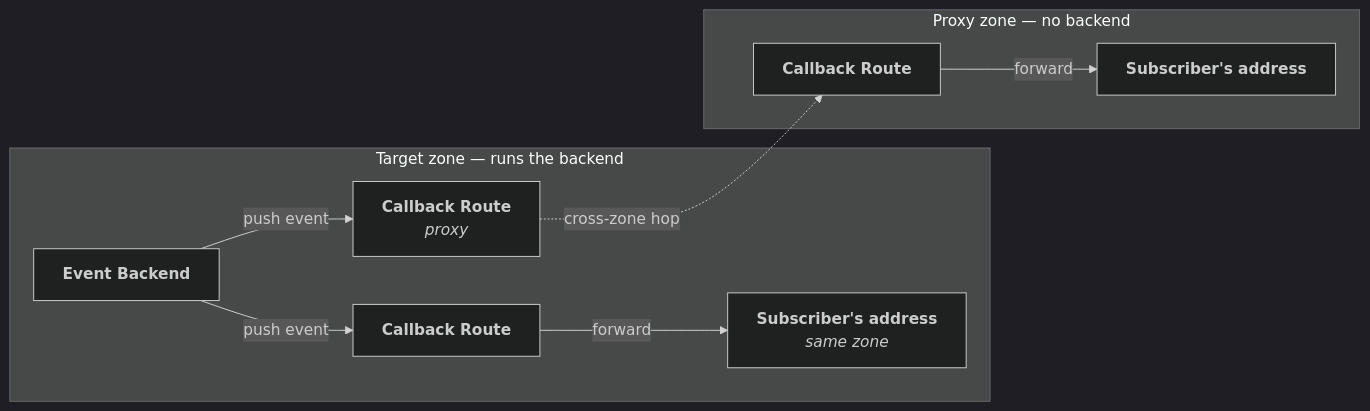
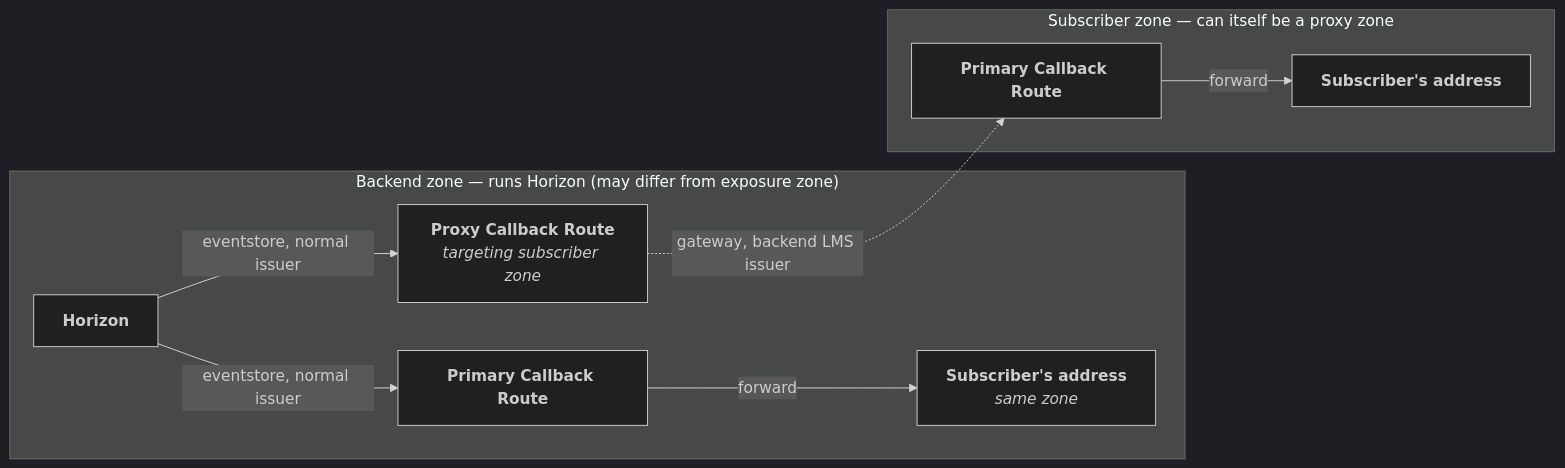
Before and after one commit to telekom/controlplane: the second of 4 diagrams in docs/docs/architecture/event.mdx, drawn with Mermaid (dark theme). The commit also changed other lines of this file and 17 other files, not shown here.

Commit message:
fix(event): use correct callbackUrls for event-proxy-zones

````diff
--- a/docs/docs/architecture/event.mdx
+++ b/docs/docs/architecture/event.mdx
@@ -77,14 +85,16 @@
 ```mermaid
 graph LR
-    subgraph TZ["Target zone — runs the backend"]
-        B["<b>Event Backend</b>"] -->|"push event"| CR1["<b>Callback Route</b>"]
-        CR1 -->|"forward"| S1["<b>Subscriber's address</b><br/><i>same zone</i>"]
-        B -->|"push event"| CR2["<b>Callback Route</b><br/><i>proxy</i>"]
+    subgraph BZ["Backend zone — runs Horizon (may differ from exposure zone)"]
+        B["<b>Horizon</b>"]
+        CR1["<b>Primary Callback Route</b>"] -->|"forward"| S1["<b>Subscriber's address</b><br/><i>same zone</i>"]
+        CR2["<b>Proxy Callback Route</b><br/><i>targeting subscriber zone</i>"]
     end
 
-    subgraph PZ["Proxy zone — no backend"]
-        CR3["<b>Callback Route</b>"] -->|"forward"| S2["<b>Subscriber's address</b>"]
+    subgraph SZ["Subscriber zone — can itself be a proxy zone"]
+        CR3["<b>Primary Callback Route</b>"] -->|"forward"| S2["<b>Subscriber's address</b>"]
     end
 
-    CR2 -.->|"cross-zone hop"| CR3
+    B -->|"eventstore, normal issuer"| CR1
+    B -->|"eventstore, normal issuer"| CR2
+    CR2 -.->|"gateway, backend LMS issuer"| CR3
 ```
````
